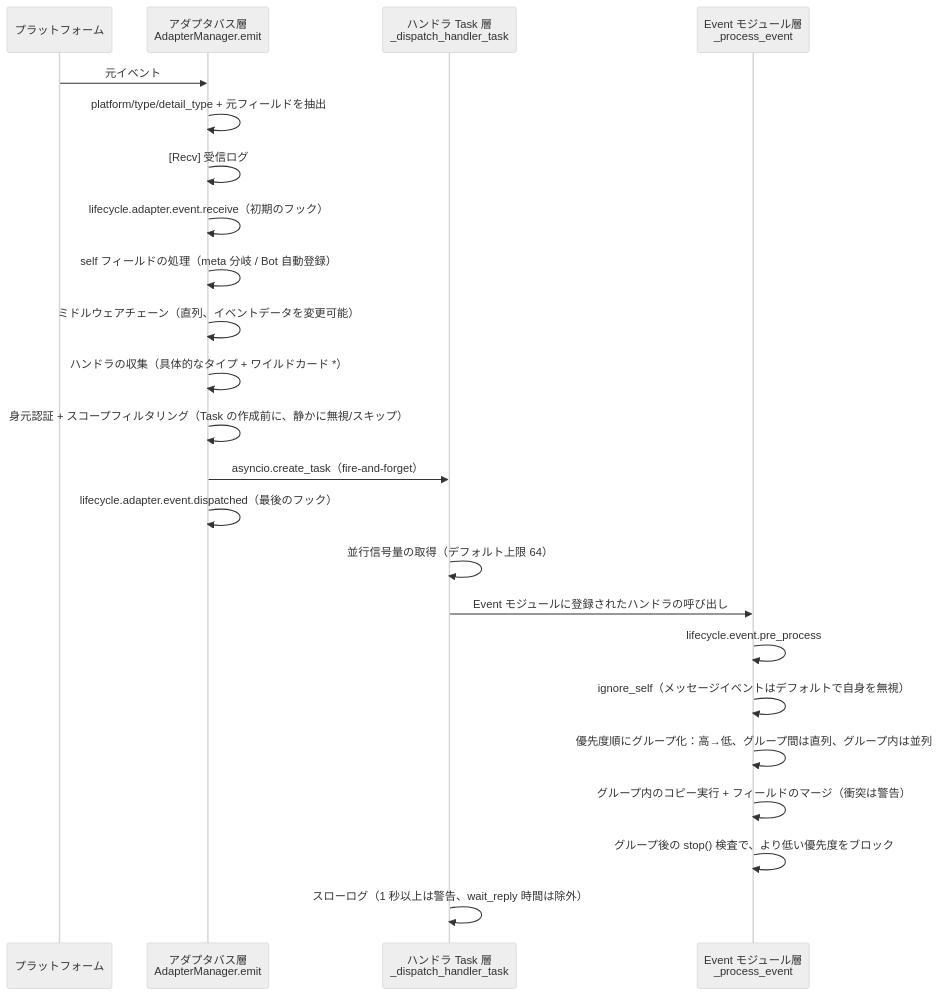
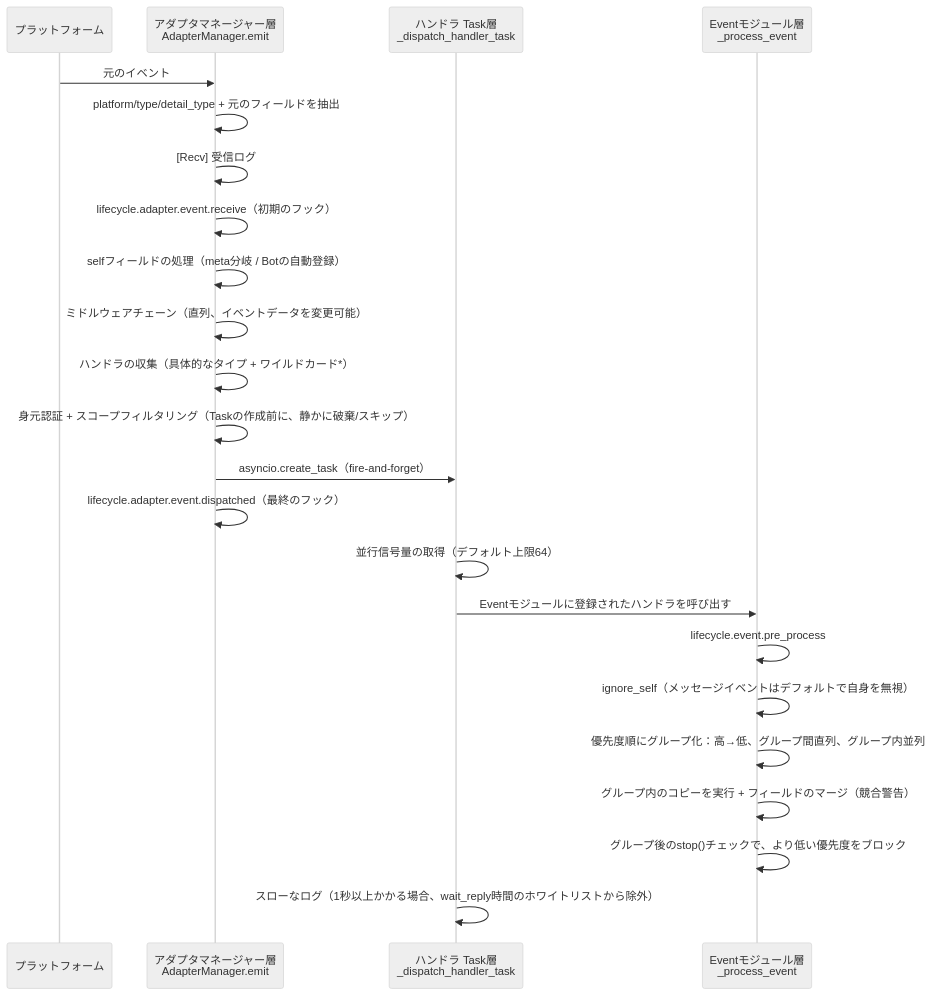
Before and after one commit to ErisPulse/ErisPulse: the fourth of 9 diagrams in docs/ja/architecture.md, drawn with Mermaid (neutral theme). The commit also changed other lines of this file and 79 other files, not shown here.

````diff
--- a/docs/ja/architecture.md
+++ b/docs/ja/architecture.md
@@ -109,26 +109,26 @@
 ```mermaid
 sequenceDiagram
     participant P as プラットフォーム
-    participant A as アダプタバス層<br/>AdapterManager.emit
-    participant T as ハンドラ Task 層<br/>_dispatch_handler_task
-    participant E as Event モジュール層<br/>_process_event
+    participant A as アダプタマネージャー層<br/>AdapterManager.emit
+    participant T as ハンドラ Task層<br/>_dispatch_handler_task
+    participant E as Eventモジュール層<br/>_process_event
 
-    P->>A: 元イベント
-    A->>A: platform/type/detail_type + 元フィールドを抽出
+    P->>A: 元のイベント
+    A->>A: platform/type/detail_type + 元のフィールドを抽出
     A->>A: [Recv] 受信ログ
     A->>A: lifecycle.adapter.event.receive（初期のフック）
-    A->>A: self フィールドの処理（meta 分岐 / Bot 自動登録）
+    A->>A: selfフィールドの処理（meta分岐 / Botの自動登録）
     A->>A: ミドルウェアチェーン（直列、イベントデータを変更可能）
-    A->>A: ハンドラの収集（具体的なタイプ + ワイルドカード *）
-    A->>A: 身元認証 + スコープフィルタリング（Task の作成前に、静かに無視/スキップ）
+    A->>A: ハンドラの収集（具体的なタイプ + ワイルドカード*）
+    A->>A: 身元認証 + スコープフィルタリング（Taskの作成前に、静かに破棄/スキップ）
     A->>T: asyncio.create_task（fire-and-forget）
-    A->>A: lifecycle.adapter.event.dispatched（最後のフック）
-    T->>T: 並行信号量の取得（デフォルト上限 64）
-    T->>E: Event モジュールに登録されたハンドラの呼び出し
+    A->>A: lifecycle.adapter.event.dispatched（最終のフック）
+    T->>T: 並行信号量の取得（デフォルト上限64）
+    T->>E: Eventモジュールに登録されたハンドラを呼び出す
     E->>E: lifecycle.event.pre_process
     E->>E: ignore_self（メッセージイベントはデフォルトで自身を無視）
-    E->>E: 優先度順にグループ化：高→低、グループ間は直列、グループ内は並列
-    E->>E: グループ内のコピー実行 + フィールドのマージ（衝突は警告）
-    E->>E: グループ後の stop() 検査で、より低い優先度をブロック
-    T->>T: スローログ（1 秒以上は警告、wait_reply 時間は除外）
+    E->>E: 優先度順にグループ化：高→低、グループ間直列、グループ内並列
+    E->>E: グループ内のコピーを実行 + フィールドのマージ（競合警告）
+    E->>E: グループ後のstop()チェックで、より低い優先度をブロック
+    T->>T: スローなログ（1秒以上かかる場合、wait_reply時間のホワイトリストから除外）
 ```
````
